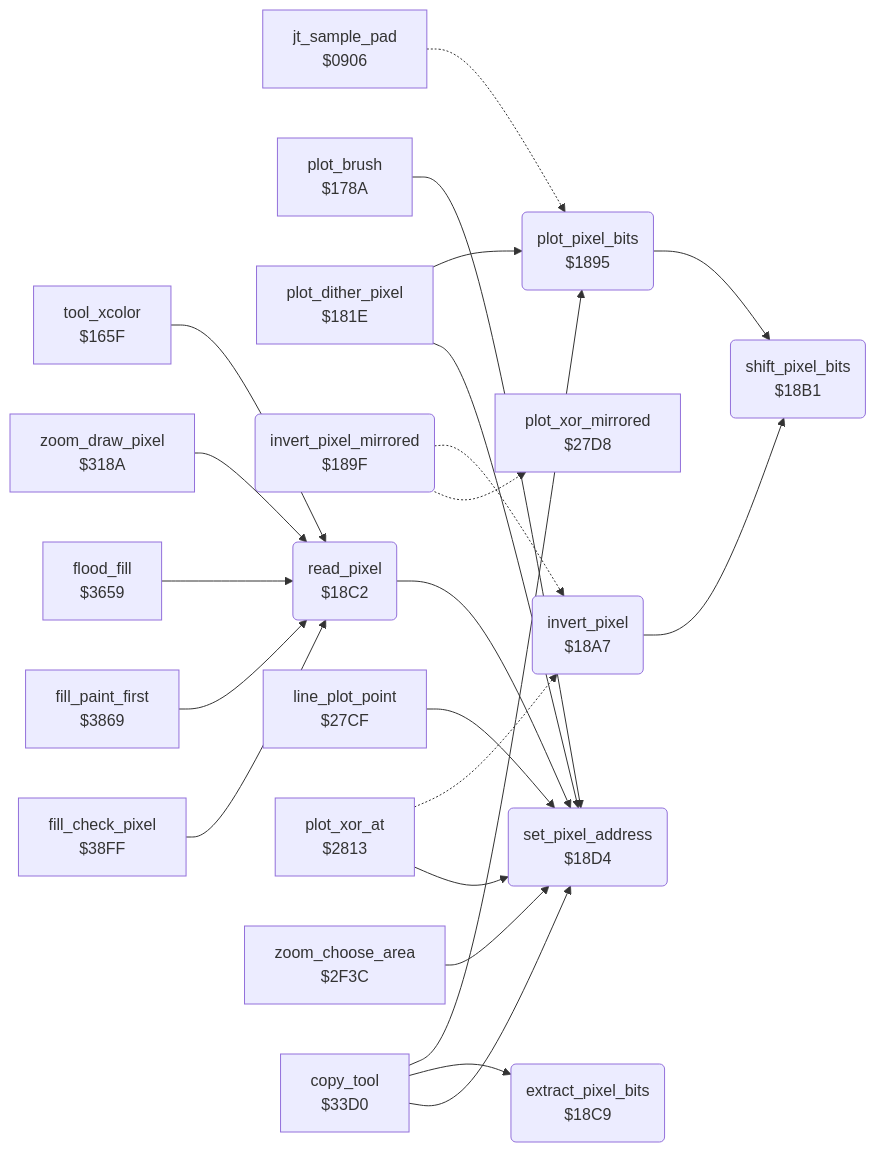
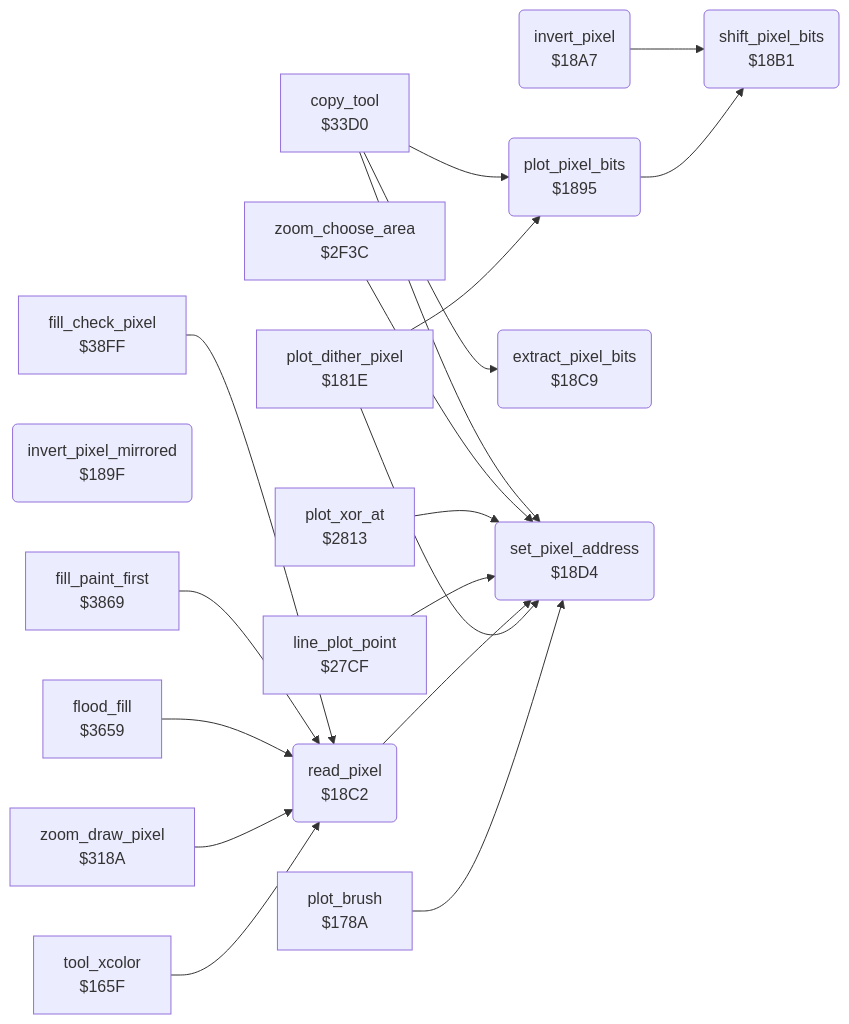
One commit to henols/c64_games changed the diagram in koala_painter/v1/docs/reference/modules/graphics/pixel.md. Above: the diagram before and after it, drawn with Mermaid. The commit also changed other lines of this file and 1100 other files, not shown here.

````diff
--- a/koala_painter/v1/docs/reference/modules/graphics/pixel.md
+++ b/koala_painter/v1/docs/reference/modules/graphics/pixel.md
@@ -10,44 +29,38 @@
 ```mermaid
 flowchart LR
-  n0906["jt_sample_pad<br/>$0906"]
   n165f["tool_xcolor<br/>$165F"]
   n178a["plot_brush<br/>$178A"]
   n181e["plot_dither_pixel<br/>$181E"]
   n1895("plot_pixel_bits<br/>$1895")
   n189f("invert_pixel_mirrored<br/>$189F")
   n18a7("invert_pixel<br/>$18A7")
   n18b1("shift_pixel_bits<br/>$18B1")
   n18c2("read_pixel<br/>$18C2")
   n18c9("extract_pixel_bits<br/>$18C9")
   n18d4("set_pixel_address<br/>$18D4")
   n27cf["line_plot_point<br/>$27CF"]
-  n27d8["plot_xor_mirrored<br/>$27D8"]
   n2813["plot_xor_at<br/>$2813"]
   n2f3c["zoom_choose_area<br/>$2F3C"]
   n318a["zoom_draw_pixel<br/>$318A"]
   n33d0["copy_tool<br/>$33D0"]
   n3659["flood_fill<br/>$3659"]
   n3869["fill_paint_first<br/>$3869"]
   n38ff["fill_check_pixel<br/>$38FF"]
-  n0906 -.-> n1895
   n165f --> n18c2
   n178a --> n18d4
   n181e --> n1895
   n181e --> n18d4
   n1895 --> n18b1
-  n189f -.-> n18a7
-  n189f -.-> n27d8
   n18a7 --> n18b1
   n18c2 --> n18d4
   n27cf --> n18d4
-  n2813 -.-> n18a7
   n2813 --> n18d4
   n2f3c --> n18d4
   n318a --> n18c2
   n33d0 --> n1895
   n33d0 --> n18c9
   n33d0 --> n18d4
   n3659 --> n18c2
   n3869 --> n18c2
   n38ff --> n18c2
 ```
````
